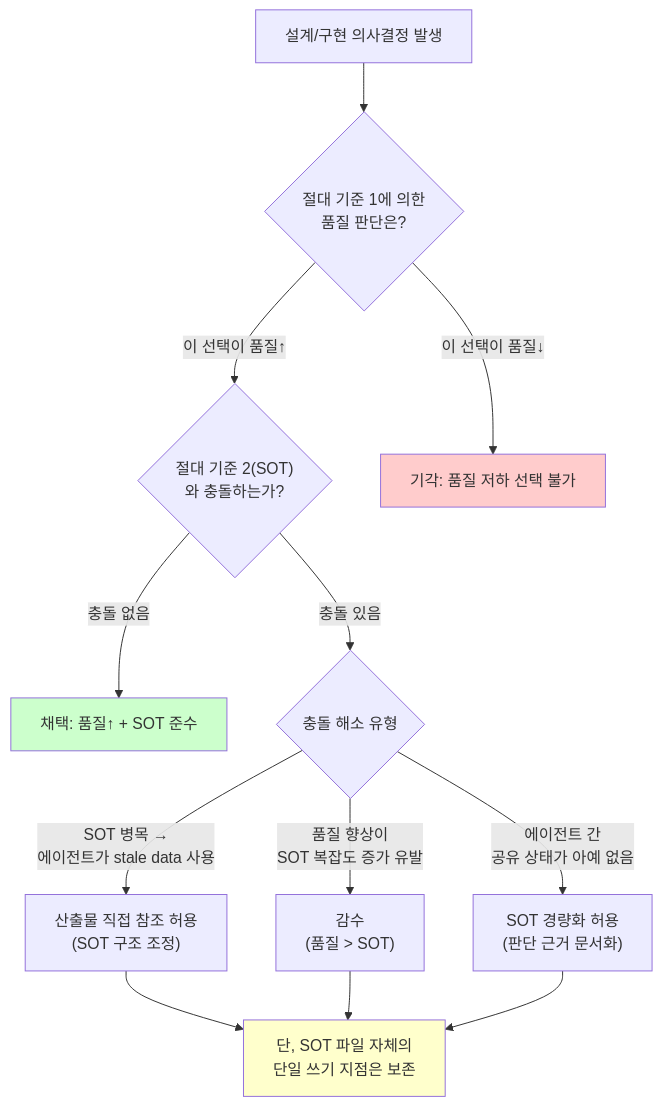
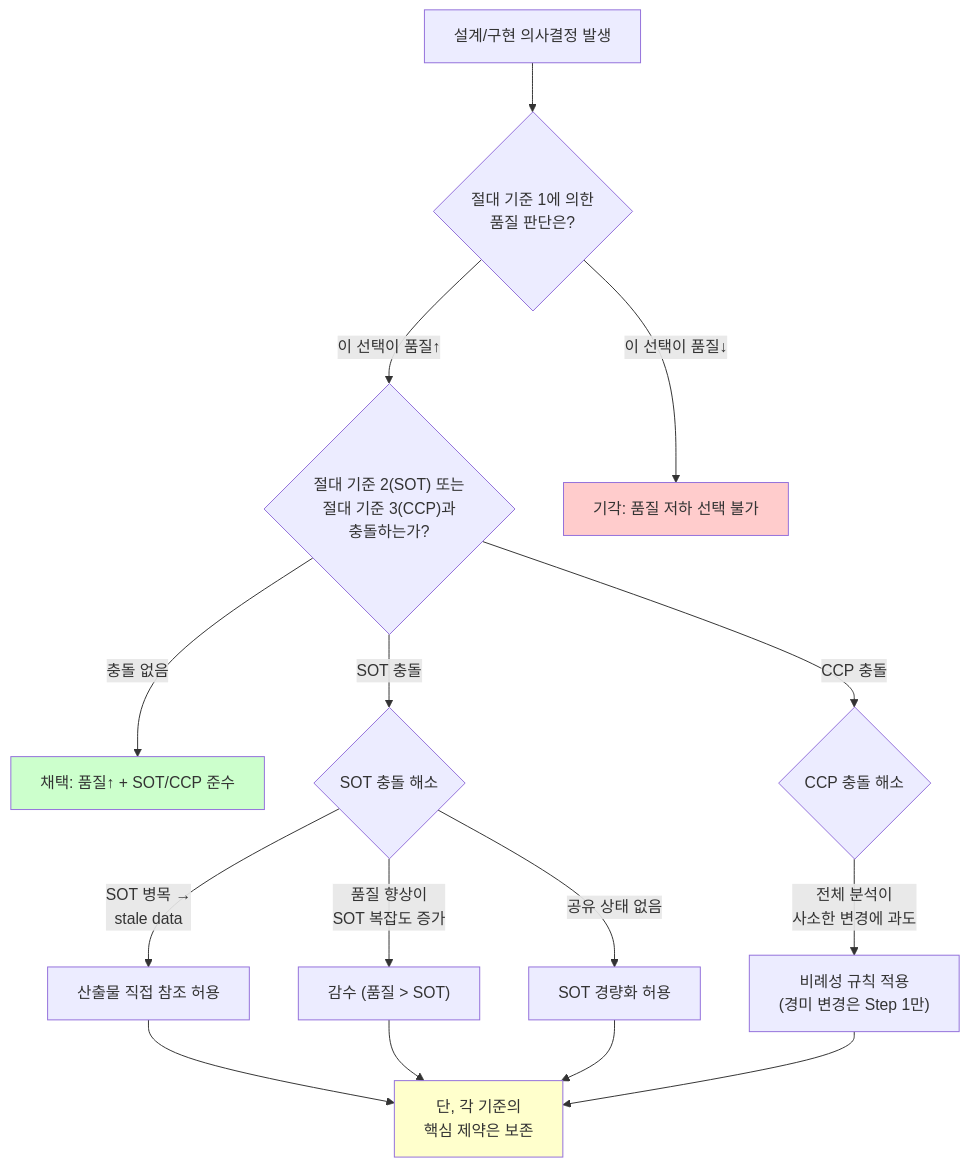
One commit to oogisoogi/AgenticWorkflow changed the first of 12 diagrams in AGENTICWORKFLOW-ARCHITECTURE-AND-PHILOSOPHY.md. Above: the diagram before and after it, drawn with Mermaid. The commit also changed other lines of this file and 9 other files, not shown here.

````diff
--- a/AGENTICWORKFLOW-ARCHITECTURE-AND-PHILOSOPHY.md
+++ b/AGENTICWORKFLOW-ARCHITECTURE-AND-PHILOSOPHY.md
@@ -109,19 +138,22 @@
 ```mermaid
 flowchart TD
     Q["설계/구현 의사결정 발생"]
     Q --> C1{"절대 기준 1에 의한<br/>품질 판단은?"}
-    C1 -->|"이 선택이 품질↑"| C2{"절대 기준 2(SOT)<br/>와 충돌하는가?"}
+    C1 -->|"이 선택이 품질↑"| C2{"절대 기준 2(SOT) 또는<br/>절대 기준 3(CCP)과<br/>충돌하는가?"}
     C1 -->|"이 선택이 품질↓"| REJECT["기각: 품질 저하 선택 불가"]
-    C2 -->|"충돌 없음"| ADOPT["채택: 품질↑ + SOT 준수"]
-    C2 -->|"충돌 있음"| RESOLVE{"충돌 해소 유형"}
-    RESOLVE -->|"SOT 병목 →<br/>에이전트가 stale data 사용"| FIX1["산출물 직접 참조 허용<br/>(SOT 구조 조정)"]
-    RESOLVE -->|"품질 향상이<br/>SOT 복잡도 증가 유발"| FIX2["감수<br/>(품질 > SOT)"]
-    RESOLVE -->|"에이전트 간<br/>공유 상태가 아예 없음"| FIX3["SOT 경량화 허용<br/>(판단 근거 문서화)"]
-    FIX1 --> GUARD["단, SOT 파일 자체의<br/>단일 쓰기 지점은 보존"]
+    C2 -->|"충돌 없음"| ADOPT["채택: 품질↑ + SOT/CCP 준수"]
+    C2 -->|"SOT 충돌"| RESOLVE_SOT{"SOT 충돌 해소"}
+    C2 -->|"CCP 충돌"| RESOLVE_CCP{"CCP 충돌 해소"}
+    RESOLVE_SOT -->|"SOT 병목 →<br/>stale data"| FIX1["산출물 직접 참조 허용"]
+    RESOLVE_SOT -->|"품질 향상이<br/>SOT 복잡도 증가"| FIX2["감수 (품질 > SOT)"]
+    RESOLVE_SOT -->|"공유 상태 없음"| FIX3["SOT 경량화 허용"]
+    RESOLVE_CCP -->|"전체 분석이<br/>사소한 변경에 과도"| FIX4["비례성 규칙 적용<br/>(경미 변경은 Step 1만)"]
+    FIX1 --> GUARD["단, 각 기준의<br/>핵심 제약은 보존"]
     FIX2 --> GUARD
     FIX3 --> GUARD
+    FIX4 --> GUARD
 
     style REJECT fill:#ffcccc
     style ADOPT fill:#ccffcc
     style GUARD fill:#ffffcc
 ```
````
